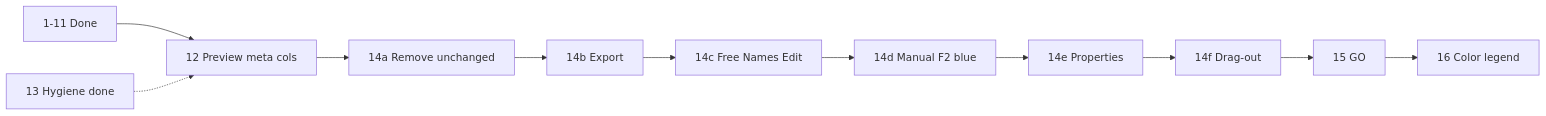
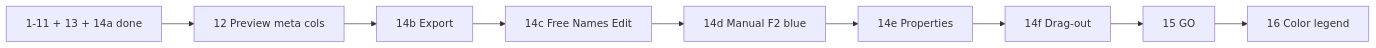
The diagram in docs/plans/rename-list-ui.plan.md (davidohana/finebytes), drawn with Mermaid before and after one commit. The commit also changed other lines of this file, not shown here.

````diff
--- a/docs/plans/rename-list-ui.plan.md
+++ b/docs/plans/rename-list-ui.plan.md
@@ -136,18 +136,14 @@
 ```mermaid
 flowchart LR
-  P1_11[1-11 Done]
+  Done[1-11 + 13 + 14a done]
   P12[12 Preview meta cols]
-  P13[13 Hygiene done]
-  P14a[14a Remove unchanged]
   P14b[14b Export]
   P14c[14c Free Names Edit]
   P14d[14d Manual F2 blue]
   P14e[14e Properties]
   P14f[14f Drag-out]
   P15[15 GO]
   P16[16 Color legend]
-  P1_11 --> P12
-  P13 -.-> P12
-  P12 --> P14a --> P14b --> P14c --> P14d
+  Done --> P12 --> P14b --> P14c --> P14d
   P14d --> P14e --> P14f --> P15 --> P16
 ```
````
